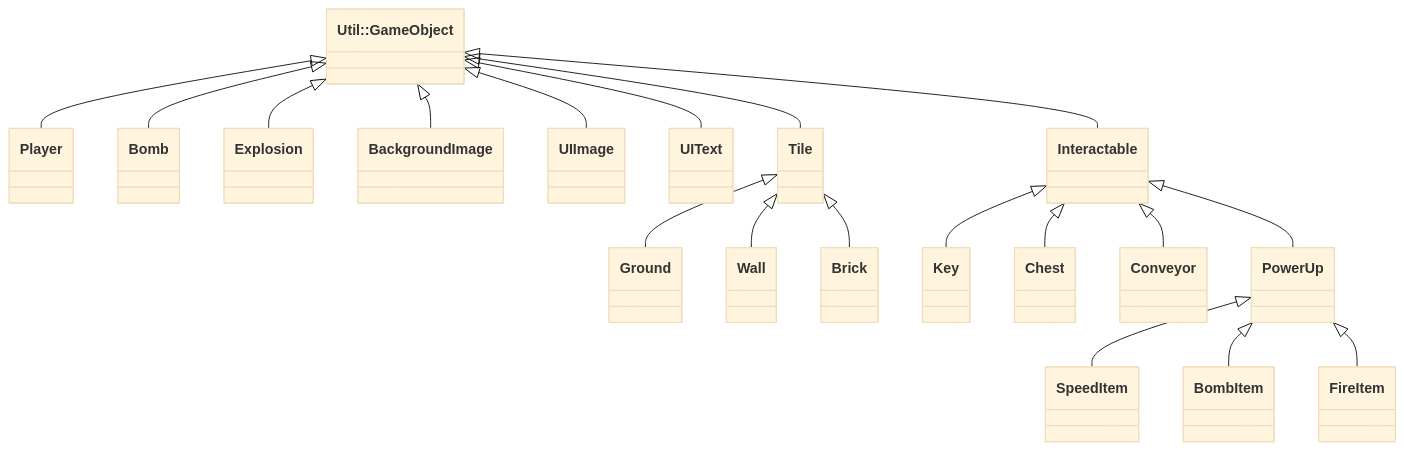
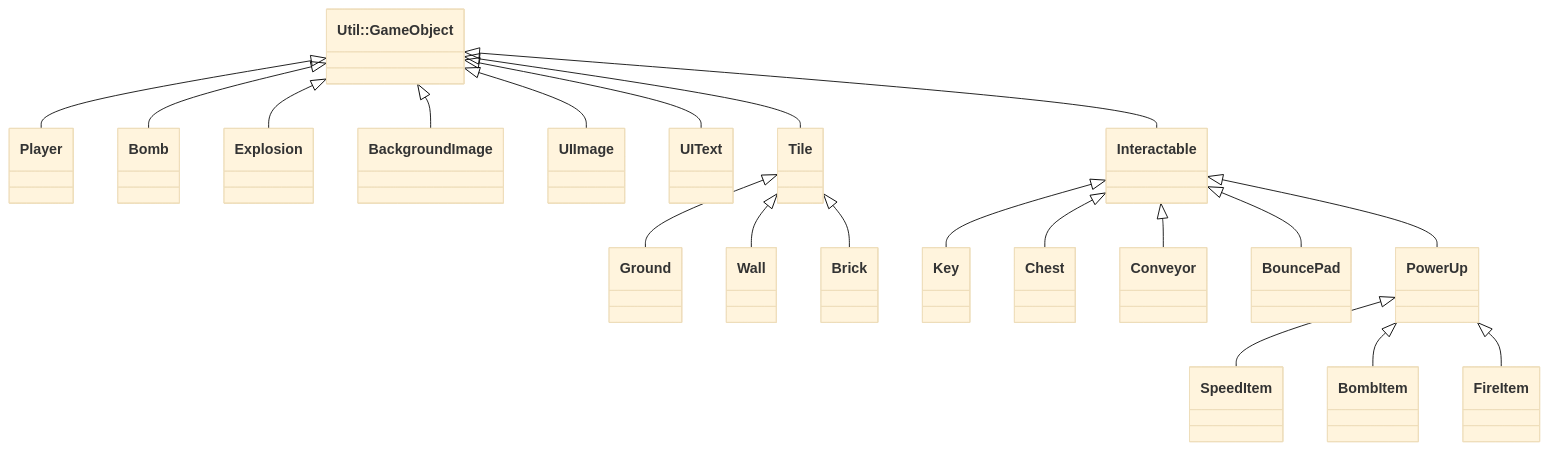
Before and after one commit to chingyen06/OOPL-Super-Bomberman: the first of 2 diagrams in Proposal.md, drawn with Mermaid (base theme). The commit also changed other lines of this file, not shown here.

````diff
--- a/Proposal.md
+++ b/Proposal.md
@@ -126,30 +124,31 @@
 ```mermaid
 classDiagram
     direction TB
     class GameObject["Util::GameObject"]
     class Interactable
     class Tile
     class PowerUp
 
     GameObject <|-- Player
     GameObject <|-- Bomb
     GameObject <|-- Explosion
     GameObject <|-- BackgroundImage
     GameObject <|-- UIImage
     GameObject <|-- UIText
 
     GameObject <|-- Tile
     Tile <|-- Ground
     Tile <|-- Wall
     Tile <|-- Brick
 
     GameObject <|-- Interactable
     Interactable <|-- Key
     Interactable <|-- Chest
     Interactable <|-- Conveyor
+    Interactable <|-- BouncePad
     Interactable <|-- PowerUp
     
     PowerUp <|-- SpeedItem
     PowerUp <|-- BombItem
     PowerUp <|-- FireItem
 ```
````
